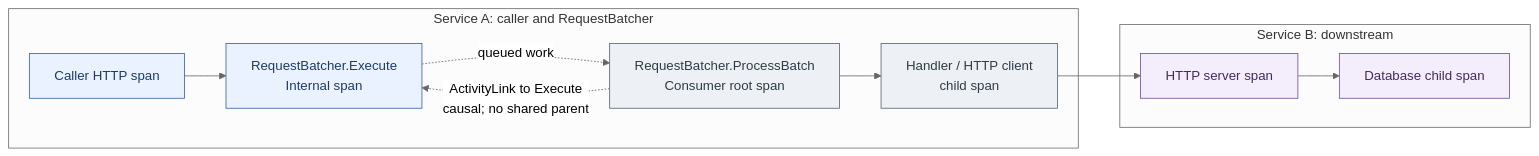
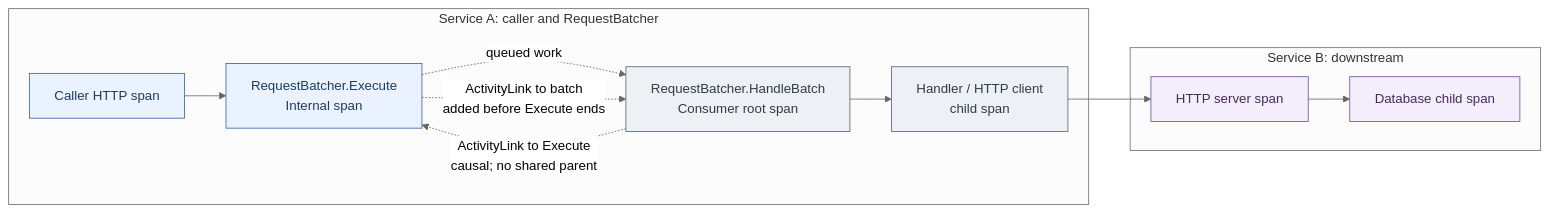
Before and after one commit to eventhorizon-cli/RequestBatcher: the diagram in docs/diagrams/observability.mmd, drawn with Mermaid (neutral theme). The commit also changed 41 other files, not shown here.

```diff
--- a/docs/diagrams/observability.mmd
+++ b/docs/diagrams/observability.mmd
@@ -1,20 +1,23 @@
 flowchart LR
+    %% Execute and HandleBatch link in both directions; neither is the other's parent.
+    %% Execute collects batch contexts at dispatch and adds links before it ends.
     subgraph A[Service A: caller and RequestBatcher]
         HTTPA[Caller HTTP span] --> EXEC[RequestBatcher.Execute<br/>Internal span]
-        EXEC -. "queued work" .-> BATCH[RequestBatcher.ProcessBatch<br/>Consumer root span]
+        EXEC -. "queued work" .-> BATCH[RequestBatcher.HandleBatch<br/>Consumer root span]
         BATCH --> HANDLER[Handler / HTTP client<br/>child span]
         BATCH -. "ActivityLink to Execute<br/>causal; no shared parent" .-> EXEC
+        EXEC -. "ActivityLink to batch<br/>added before Execute ends" .-> BATCH
     end
 
     subgraph B[Service B: downstream]
         HTTPB[HTTP server span] --> DB[Database child span]
     end
 
     HANDLER --> HTTPB
 
     classDef caller fill:#eaf2ff,stroke:#3567a7,color:#1d3b66
     classDef batch fill:#edf1f5,stroke:#596773,color:#303b44
     classDef downstream fill:#f4edfb,stroke:#75529b,color:#422d59
     class HTTPA,EXEC caller
     class BATCH,HANDLER batch
     class HTTPB,DB downstream
```
